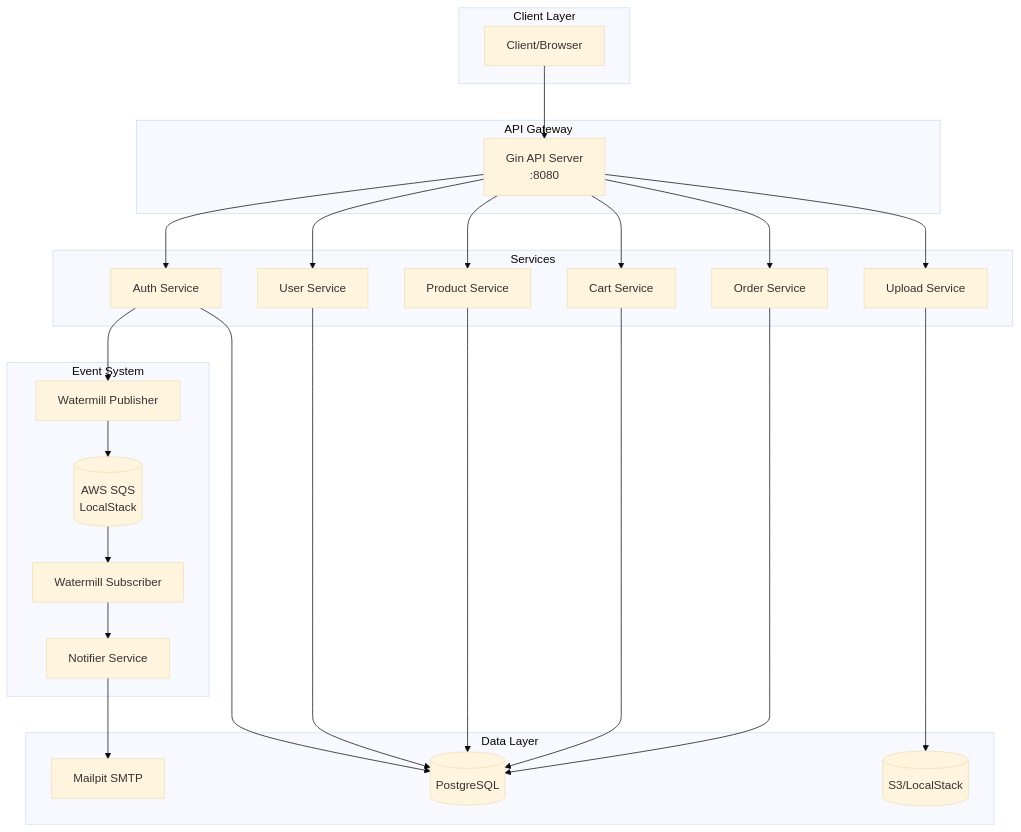
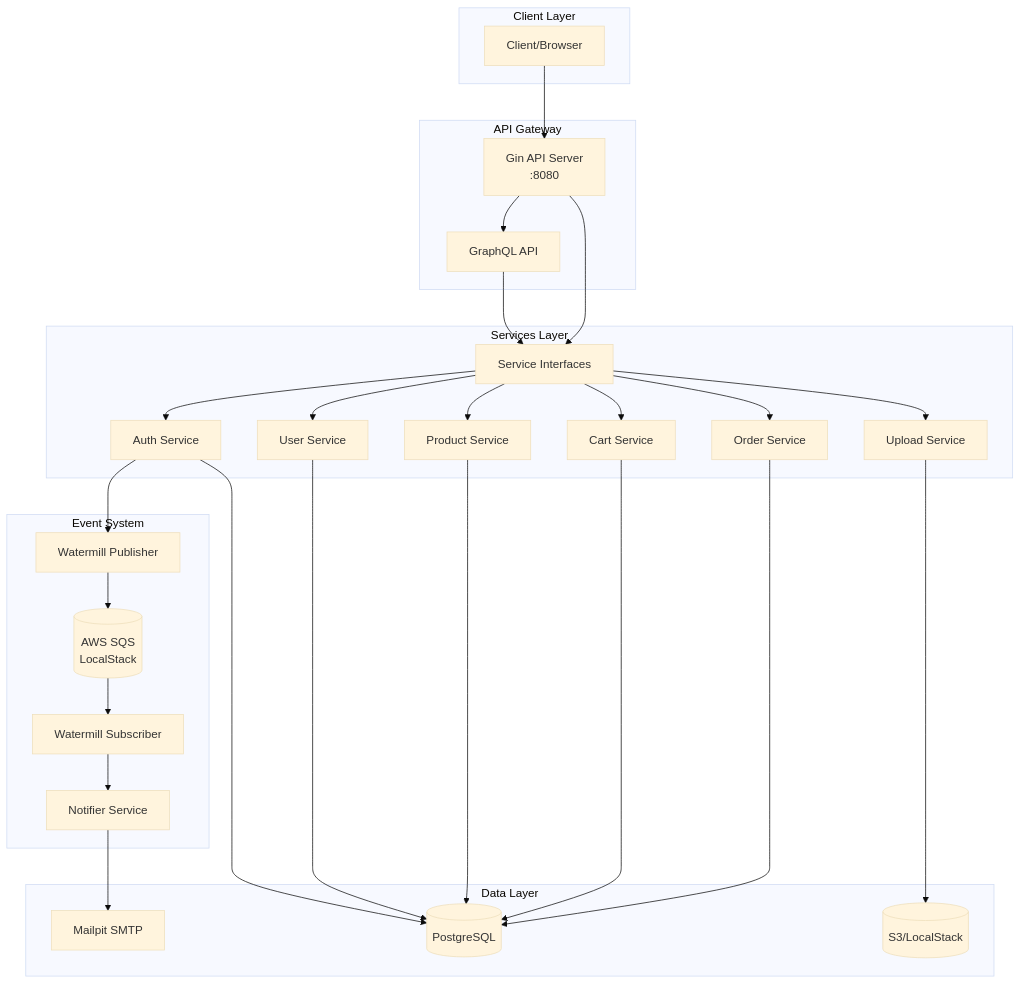
Before and after one commit to trenchesdeveloper/go-ai-store: the first of 3 diagrams in README.md, drawn with Mermaid (base theme). The commit also changed other lines of this file, not shown here.

Commit message:
Detail the new GraphQL API, updated architecture, and features in the README.

````diff
--- a/README.md
+++ b/README.md
@@ -7,42 +7,46 @@
 ```mermaid
 graph TB
     subgraph "Client Layer"
         C[Client/Browser]
     end
 
     subgraph "API Gateway"
         A[Gin API Server<br/>:8080]
+        GQL[GraphQL API]
     end
 
-    subgraph "Services"
+    subgraph "Services Layer"
+        INT[Service Interfaces]
         AS[Auth Service]
         US[User Service]
         PS[Product Service]
         CS[Cart Service]
         OS[Order Service]
         UP[Upload Service]
     end
 
     subgraph "Event System"
         PUB[Watermill Publisher]
         SQS[(AWS SQS<br/>LocalStack)]
         SUB[Watermill Subscriber]
         NOT[Notifier Service]
     end
 
     subgraph "Data Layer"
         PG[(PostgreSQL)]
         S3[(S3/LocalStack)]
         MAIL[Mailpit SMTP]
     end
 
     C --> A
-    A --> AS & US & PS & CS & OS & UP
+    A --> GQL
+    A & GQL --> INT
+    INT --> AS & US & PS & CS & OS & UP
     AS --> PUB
     PUB --> SQS
     SQS --> SUB
     SUB --> NOT
     NOT --> MAIL
     AS & US & PS & CS & OS --> PG
     UP --> S3
 ```
````
